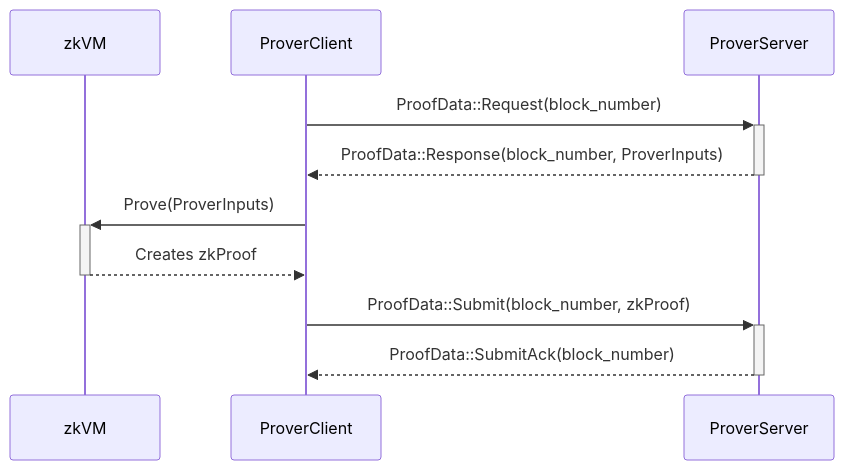
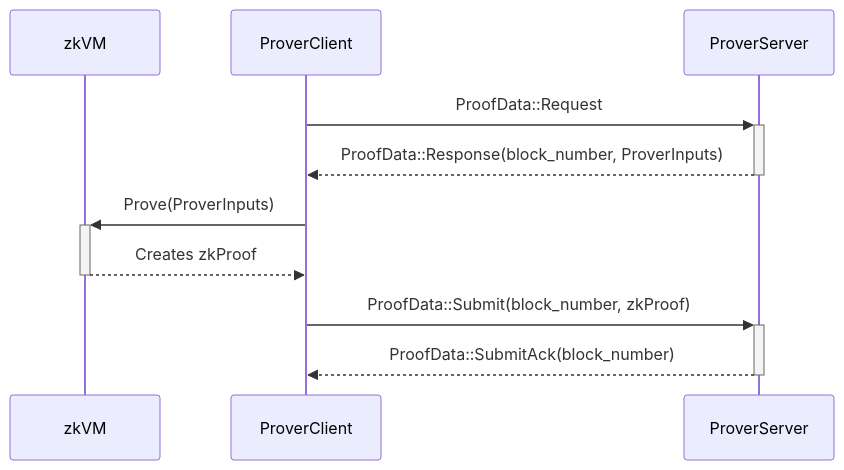
The diagram in crates/l2/docs/prover.md (lambdaclass/lambda_ethereum_rust), drawn with Mermaid before and after one commit. The commit also changed other lines of this file and 8 other files, not shown here.

````diff
--- a/crates/l2/docs/prover.md
+++ b/crates/l2/docs/prover.md
@@ -40,12 +46,12 @@
 ```mermaid
 sequenceDiagram
     participant zkVM
     participant ProverClient
     participant ProverServer
-    ProverClient->>+ProverServer: ProofData::Request(block_number)
+    ProverClient->>+ProverServer: ProofData::Request
     ProverServer-->>-ProverClient: ProofData::Response(block_number, ProverInputs)
     ProverClient->>+zkVM: Prove(ProverInputs)
     zkVM-->>-ProverClient: Creates zkProof
     ProverClient->>+ProverServer: ProofData::Submit(block_number, zkProof)
     ProverServer-->>-ProverClient: ProofData::SubmitAck(block_number)
 ```
````
